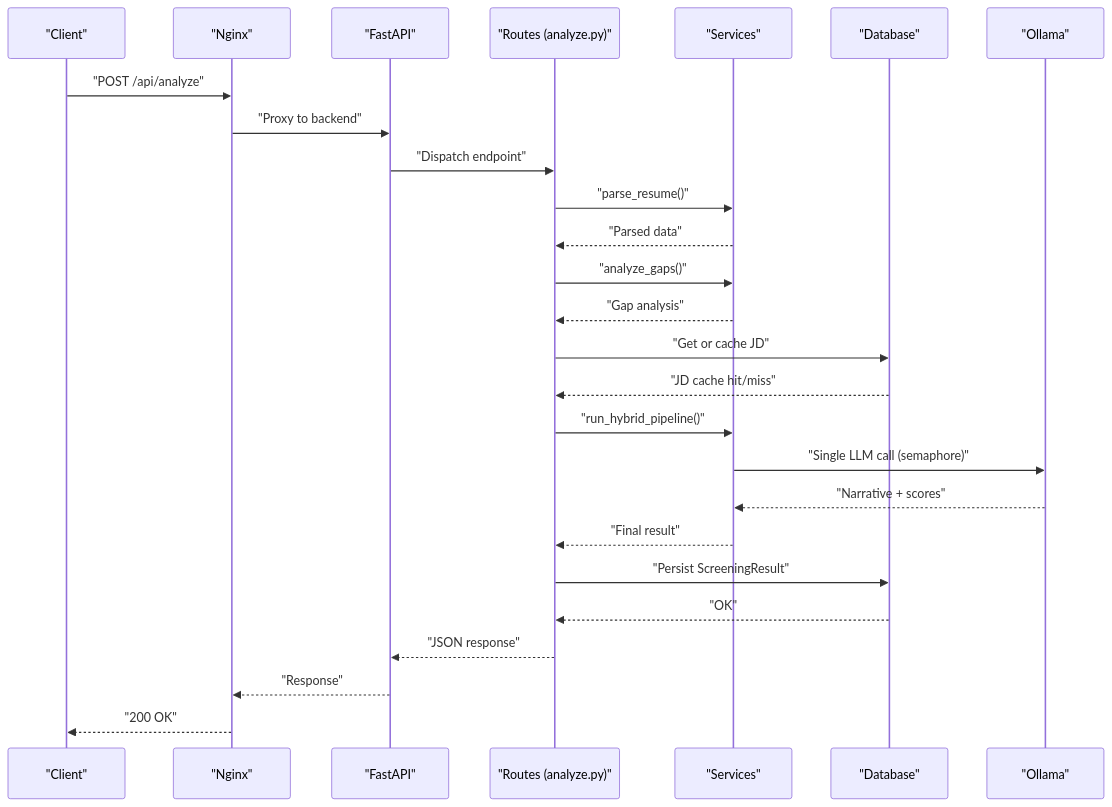
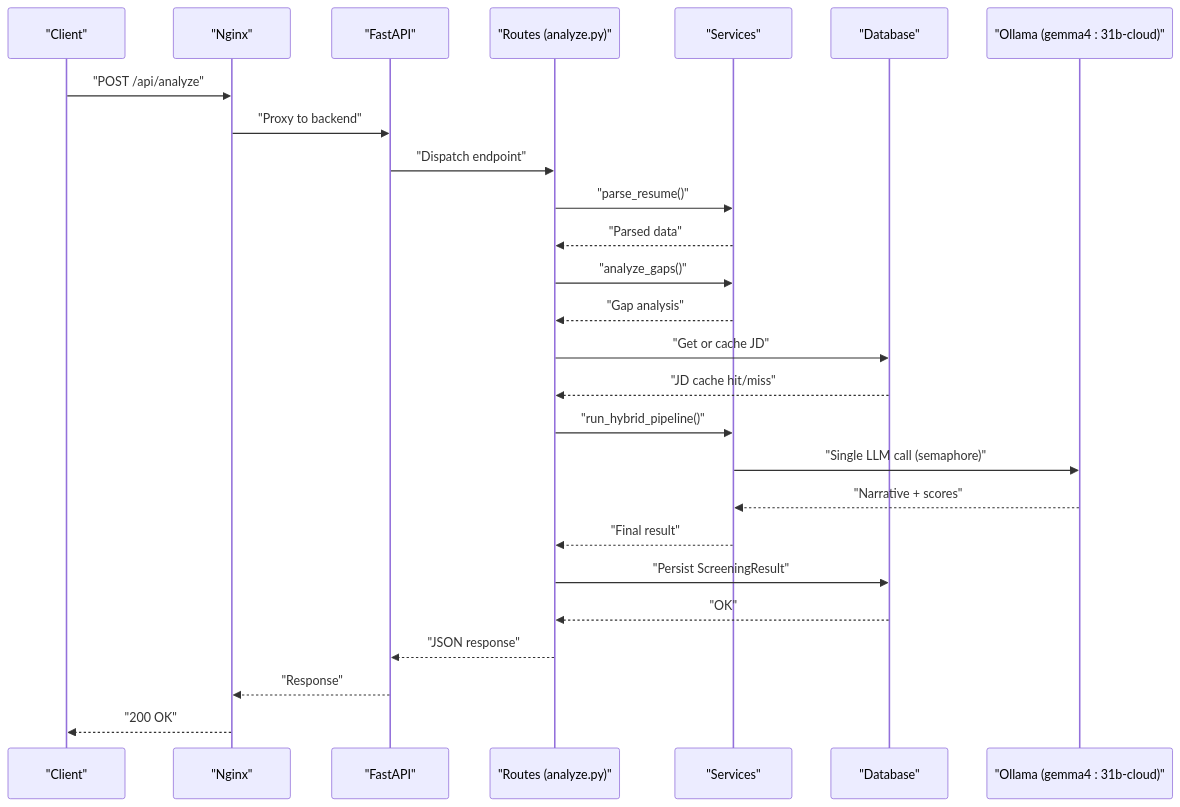
One commit to Revanththetalogics/aireume changed the second of 7 diagrams in .qoder/repowiki/en/content/Advanced Topics/Performance Optimization/Performance Optimization.md. Above: the diagram before and after it, drawn with Mermaid. The commit also changed other lines of this file and 14 other files, not shown here.

````diff
--- a/.qoder/repowiki/en/content/Advanced Topics/Performance Optimization/Performance Optimization.md
+++ b/.qoder/repowiki/en/content/Advanced Topics/Performance Optimization/Performance Optimization.md
@@ -86,28 +100,28 @@
 ```mermaid
 sequenceDiagram
 participant C as "Client"
 participant N as "Nginx"
 participant F as "FastAPI"
 participant R as "Routes (analyze.py)"
 participant S as "Services"
 participant DB as "Database"
-participant L as "Ollama"
+participant L as "Ollama (gemma4 : 31b-cloud)"
 C->>N : "POST /api/analyze"
 N->>F : "Proxy to backend"
 F->>R : "Dispatch endpoint"
 R->>S : "parse_resume()"
 S-->>R : "Parsed data"
 R->>S : "analyze_gaps()"
 S-->>R : "Gap analysis"
 R->>DB : "Get or cache JD"
 DB-->>R : "JD cache hit/miss"
 R->>S : "run_hybrid_pipeline()"
 S->>L : "Single LLM call (semaphore)"
 L-->>S : "Narrative + scores"
 S-->>R : "Final result"
 R->>DB : "Persist ScreeningResult"
 DB-->>R : "OK"
 R-->>F : "JSON response"
 F-->>N : "Response"
 N-->>C : "200 OK"
 ```
````
